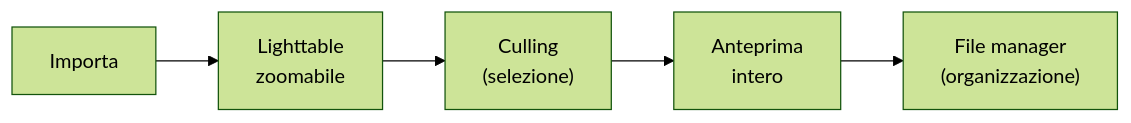
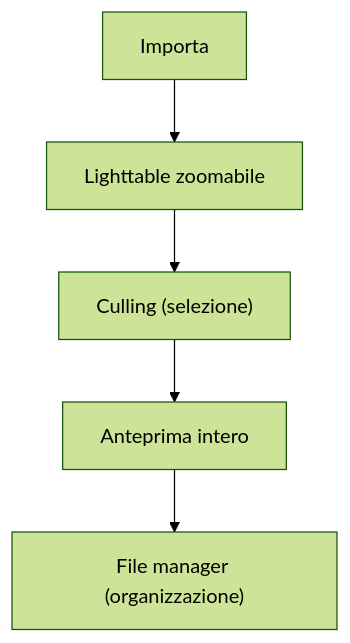
Before and after one commit to lorenzoperone/darktable-docs: the diagram in docs/lighttable/modalita.md, drawn with Mermaid (forest theme). The commit also changed 11 other files, not shown here.

First line of the commit message:
fix: diagrammi Mermaid leggibili, pulsante Segnala dinamico, date contenuto

````diff
--- a/docs/lighttable/modalita.md
+++ b/docs/lighttable/modalita.md
@@ -22,4 +22,7 @@
 ```mermaid
-flowchart LR
-    A["Importa"] --> B["Lighttable<br/>zoomabile"] --> C["Culling<br/>(selezione)"] --> D["Anteprima<br/>intero"] --> E["File manager<br/>(organizzazione)"]
+flowchart TD
+    A["Importa"] --> B["Lighttable zoomabile"]
+    B --> C["Culling (selezione)"]
+    C --> D["Anteprima intero"]
+    D --> E["File manager (organizzazione)"]
 ```
````
